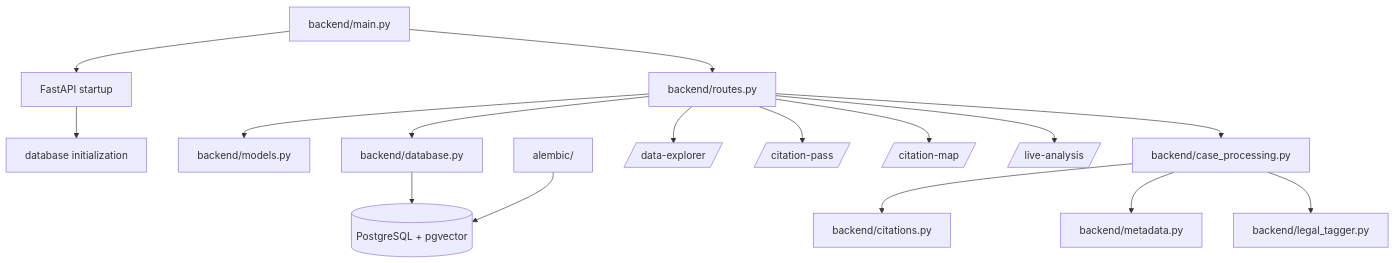
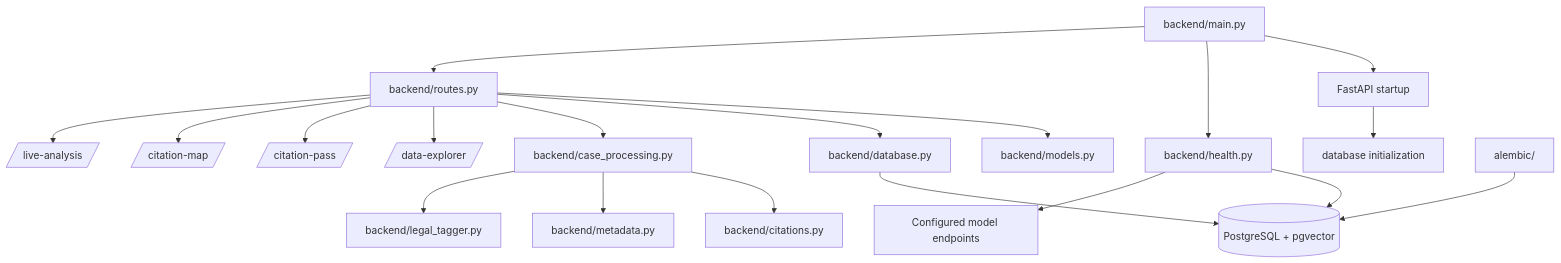
Before and after one commit to greystone-dan/LitIntelproject: the diagram in .swm/system-map.ovnldklv.sw.md, drawn with Mermaid. The commit also changed other lines of this file and 9 other files, not shown here.

````diff
--- a/.swm/system-map.ovnldklv.sw.md
+++ b/.swm/system-map.ovnldklv.sw.md
@@ -13,18 +13,21 @@
 ```mermaid
 flowchart TD
 	 Main[backend/main.py] --> Startup[FastAPI startup]
 	 Startup --> Init[database initialization]
+	 Main --> Health[backend/health.py]
+	 Health --> PostgreSQL[(PostgreSQL + pgvector)]
+	 Health --> ModelEndpoints[Configured model endpoints]
 	 Main --> Routes[backend/routes.py]
 	 Routes --> Models[backend/models.py]
 	 Routes --> Database[backend/database.py]
 	 Routes --> Processing[backend/case_processing.py]
 	 Processing --> Citations[backend/citations.py]
 	 Processing --> Metadata[backend/metadata.py]
 	 Processing --> Tags[backend/legal_tagger.py]
 	 Database --> PostgreSQL[(PostgreSQL + pgvector)]
 	 Routes --> Explorer[/data-explorer/]
 	 Routes --> CitationPass[/citation-pass/]
 	 Routes --> CitationMap[/citation-map/]
 	 Routes --> LiveAnalysis[/live-analysis/]
 	 Alembic[alembic/] --> PostgreSQL
 ```
````
